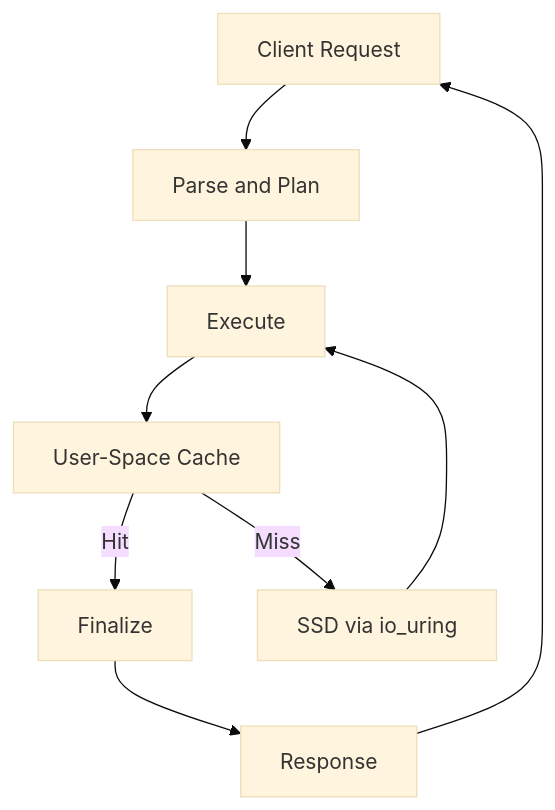
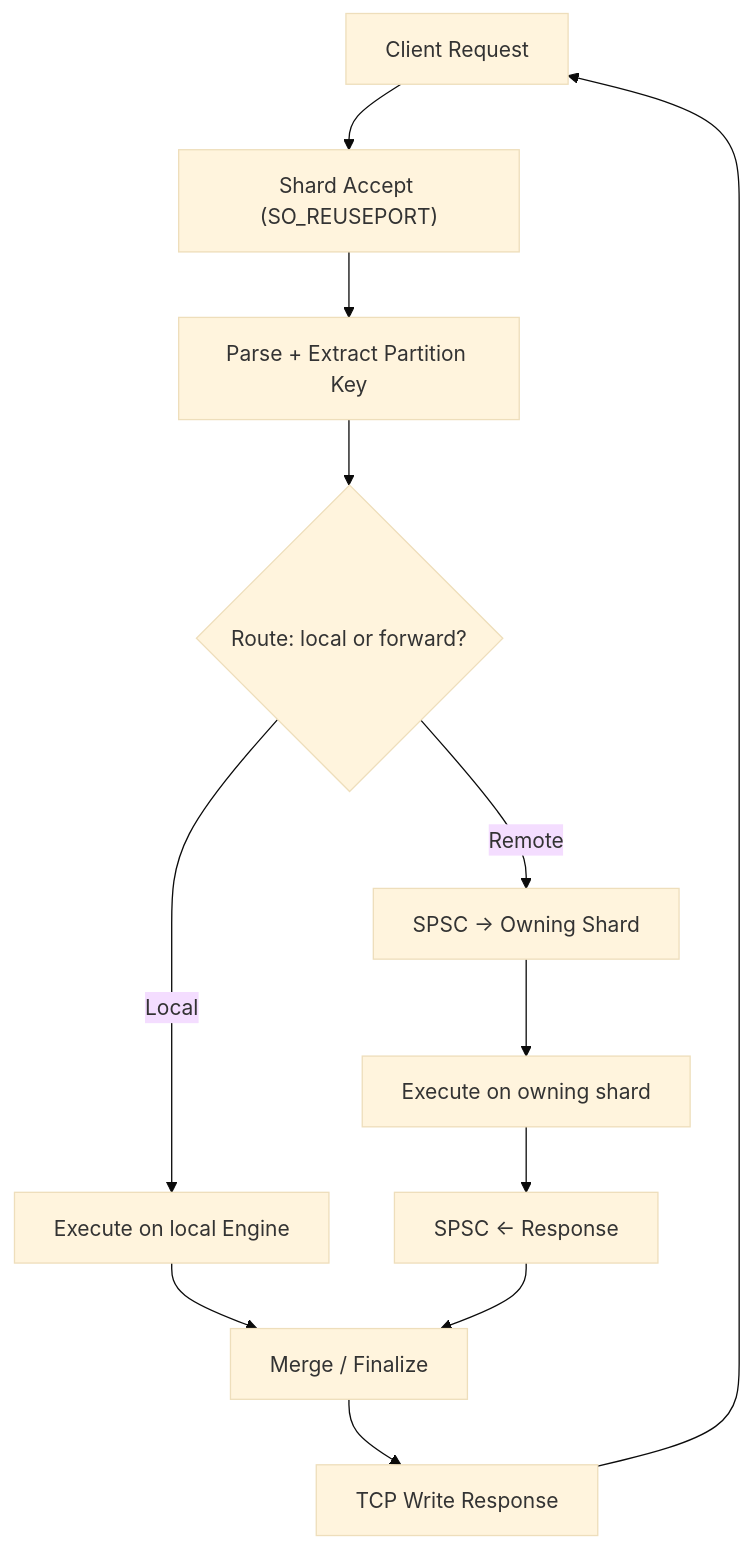
One commit to patricklbell/plexdb changed the third of 4 diagrams in DESIGN.md. Above: the diagram before and after it, drawn with Mermaid (base theme). The commit also changed other lines of this file and 1 other file, not shown here.

````diff
--- a/DESIGN.md
+++ b/DESIGN.md
@@ -39,17 +277,18 @@
 ```mermaid
 flowchart TB
     Client["Client Request"]
-    Parse["Parse and Plan"]
-    Fiber["Execute"]
-    Cache["User-Space Cache"]
-    SSD["SSD via io_uring"]
-    Process["Finalize"]
-    Send["Response"]
+    Accept["Shard Accept (SO_REUSEPORT)"]
+    Parse["Parse + Extract Partition Key"]
+    Route{"Route: local or forward?"}
+    Local["Execute on local Engine"]
+    Forward["SPSC → Owning Shard"]
+    RemoteExec["Execute on owning shard"]
+    RemoteResp["SPSC ← Response"]
+    Merge["Merge / Finalize"]
+    Send["TCP Write Response"]
 
-    Client --> Parse --> Fiber
-    Fiber --> Cache
-    Cache -->|Hit| Process
-    Cache -->|Miss| SSD
-    SSD --> Fiber
-    Process --> Send --> Client
+    Client --> Accept --> Parse --> Route
+    Route -->|Local| Local --> Merge
+    Route -->|Remote| Forward --> RemoteExec --> RemoteResp --> Merge
+    Merge --> Send --> Client
 ```
````
